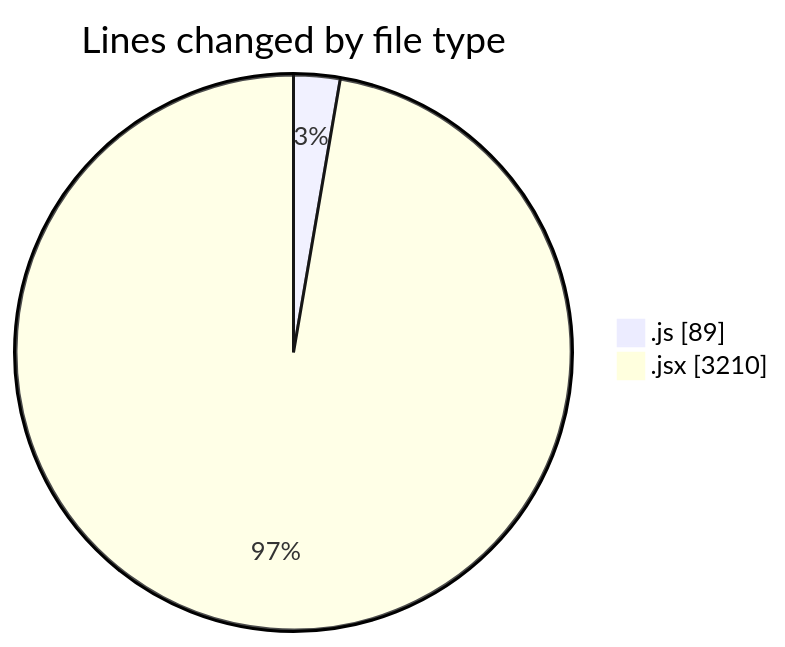
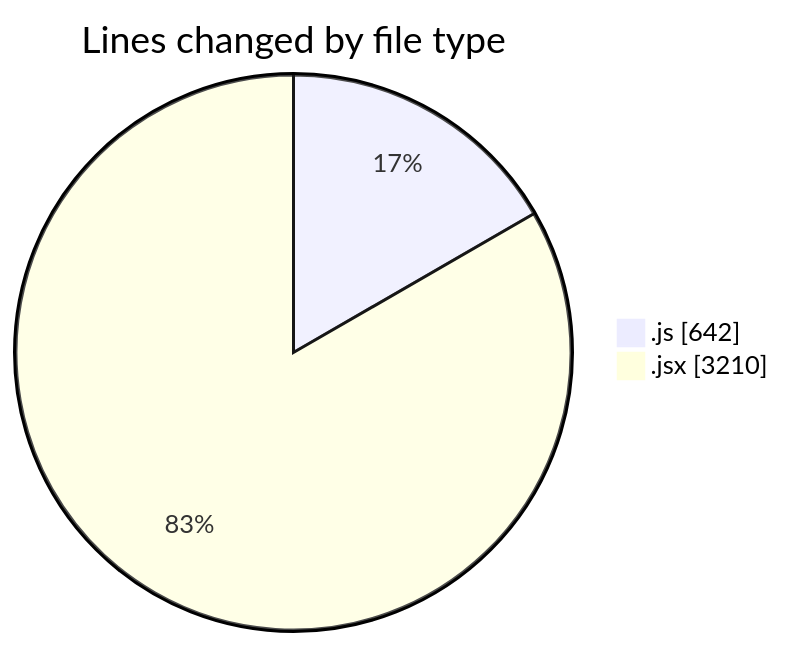
The first of 2 diagrams in 2025-05-03/nxtqube_webapp/README.md (nxtqubesakshisongat/code-tracking), drawn with Mermaid before and after one commit. The commit also changed other lines of this file and 1 other file, not shown here.

````diff
--- a/2025-05-03/nxtqube_webapp/README.md
+++ b/2025-05-03/nxtqube_webapp/README.md
@@ -24,6 +25,6 @@
 ```mermaid
 pie showData
 title Lines changed by file type
-".js" : 89
+".js" : 642
 ".jsx" : 3210
 ```
````
